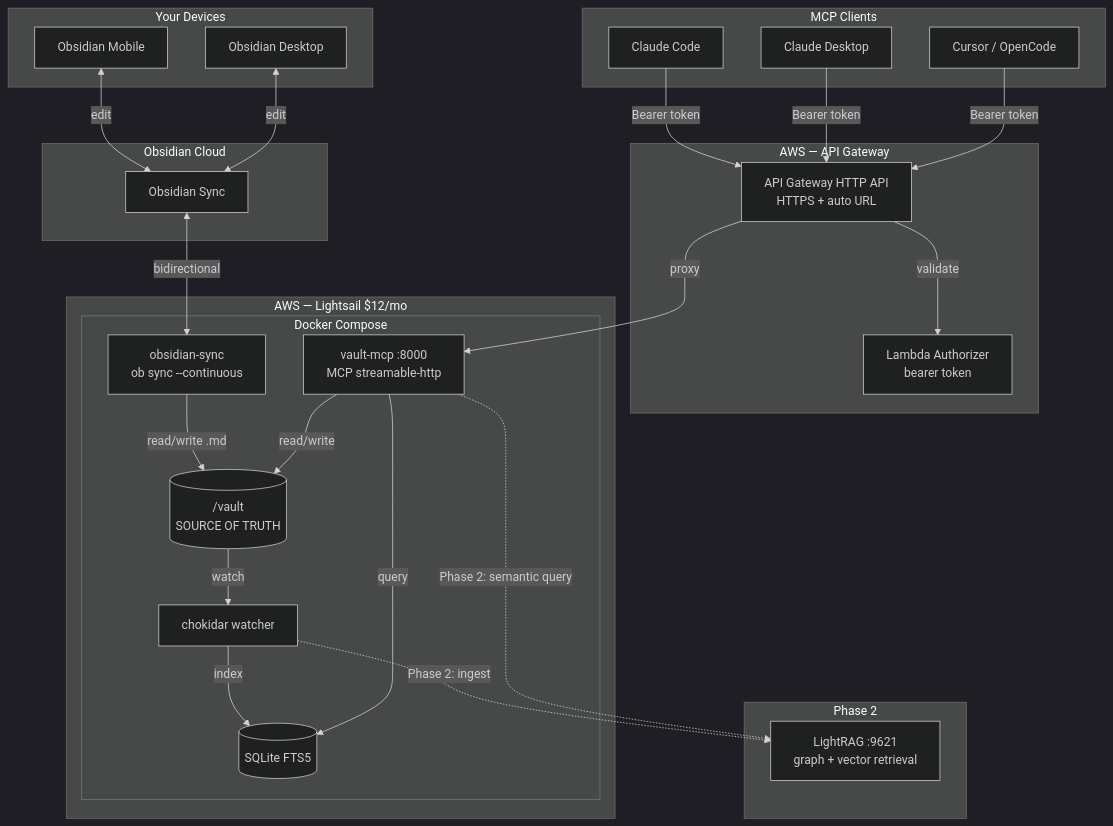
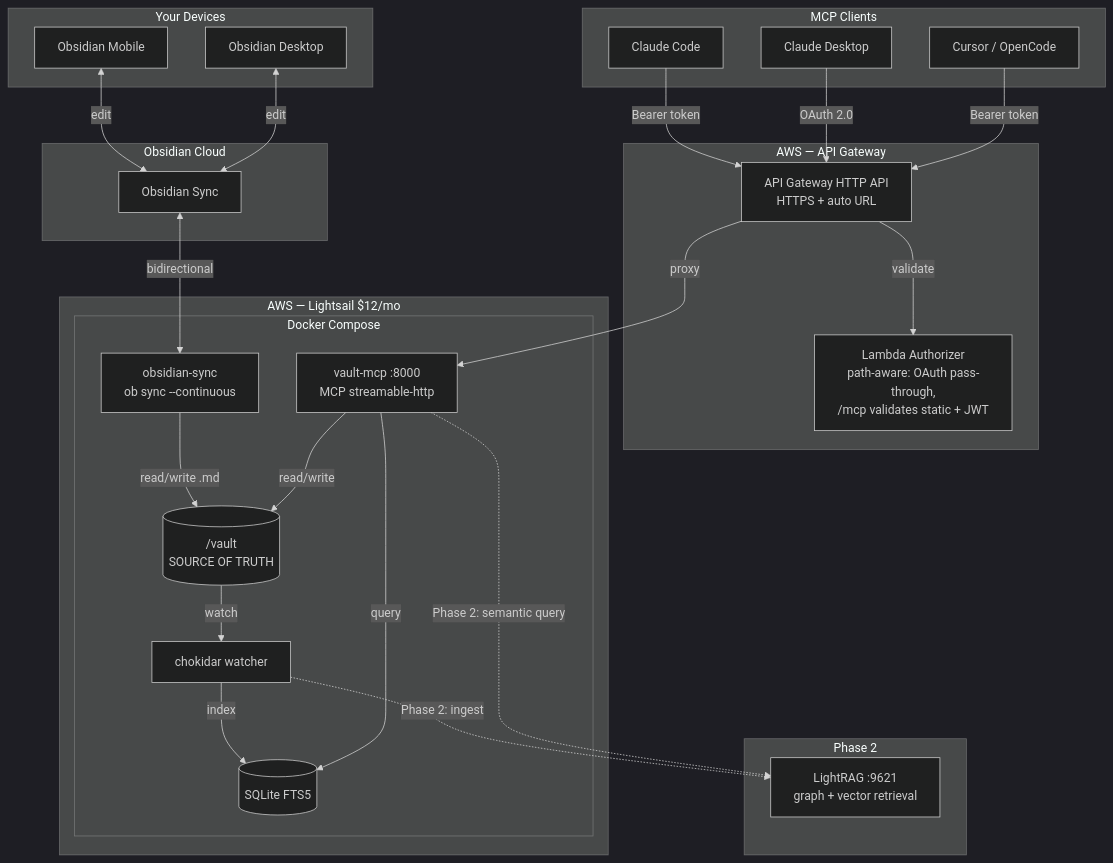
The diagram in ARCHITECTURE.md (aliasunder/vault-cortex), drawn with Mermaid (dark theme) before and after one commit. The commit also changed other lines of this file and 11 other files, not shown here.

First line of the commit message:
feat: add OAuth 2.0 with JWT tokens and defense-in-depth auth

````diff
--- a/ARCHITECTURE.md
+++ b/ARCHITECTURE.md
@@ -35,52 +35,52 @@
 ```mermaid
 graph TB
     subgraph devices ["Your Devices"]
         OBS_PHONE["Obsidian Mobile"]
         OBS_LAPTOP["Obsidian Desktop"]
     end
 
     subgraph cloud ["Obsidian Cloud"]
         SYNC["Obsidian Sync"]
     end
 
     subgraph apigw_grp ["AWS — API Gateway"]
         APIGW["API Gateway HTTP API<br/>HTTPS + auto URL"]
-        AUTH_FN["Lambda Authorizer<br/>bearer token"]
+        AUTH_FN["Lambda Authorizer<br/>path-aware: OAuth pass-through,<br/>/mcp validates static + JWT"]
         APIGW -->|validate| AUTH_FN
     end
 
     subgraph lightsail ["AWS — Lightsail $12/mo"]
         subgraph compose ["Docker Compose"]
             OB_HEADLESS["obsidian-sync<br/>ob sync --continuous"]
             VAULT_FS[("/vault<br/>SOURCE OF TRUTH")]
             MCP_SERVER["vault-mcp :8000<br/>MCP streamable-http"]
             SQLITE[("SQLite FTS5")]
             WATCHER["chokidar watcher"]
         end
     end
 
     subgraph phase2 ["Phase 2"]
         LIGHTRAG["LightRAG :9621<br/>graph + vector retrieval"]
     end
 
     subgraph clients ["MCP Clients"]
         CC["Claude Code"]
         CD["Claude Desktop"]
         CU["Cursor / OpenCode"]
     end
 
     OBS_PHONE <-->|edit| SYNC
     OBS_LAPTOP <-->|edit| SYNC
     SYNC <-->|bidirectional| OB_HEADLESS
     OB_HEADLESS -->|read/write .md| VAULT_FS
     VAULT_FS -->|watch| WATCHER
     WATCHER -->|index| SQLITE
     WATCHER -.->|Phase 2: ingest| LIGHTRAG
     MCP_SERVER -->|read/write| VAULT_FS
     MCP_SERVER -->|query| SQLITE
     MCP_SERVER -.->|Phase 2: semantic query| LIGHTRAG
     CC -->|Bearer token| APIGW
-    CD -->|Bearer token| APIGW
+    CD -->|OAuth 2.0| APIGW
     CU -->|Bearer token| APIGW
     APIGW -->|proxy| MCP_SERVER
 ```
````
